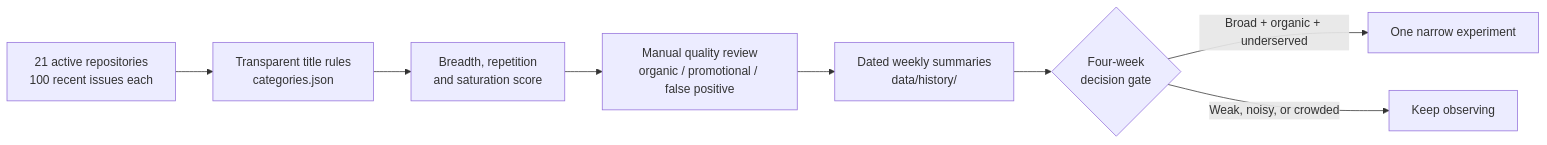
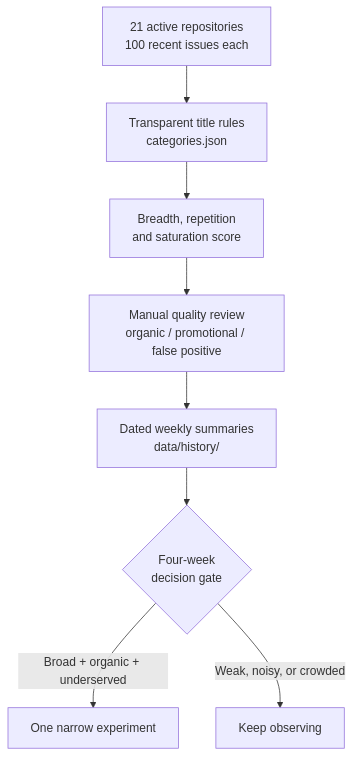
The second of 2 diagrams in README.md (irina958-design/ai-needs-radar), drawn with Mermaid before and after one commit.

Commit message:
Make process diagram readable

````diff
--- a/README.md
+++ b/README.md
@@ -78,10 +78,10 @@
 ```mermaid
-flowchart LR
+flowchart TD
     A["21 active repositories<br/>100 recent issues each"] --> B["Transparent title rules<br/>categories.json"]
     B --> C["Breadth, repetition<br/>and saturation score"]
     C --> D["Manual quality review<br/>organic / promotional / false positive"]
     D --> E["Dated weekly summaries<br/>data/history/"]
     E --> F{"Four-week<br/>decision gate"}
     F -->|"Broad + organic + underserved"| G["One narrow experiment"]
     F -->|"Weak, noisy, or crowded"| H["Keep observing"]
 ```
````
